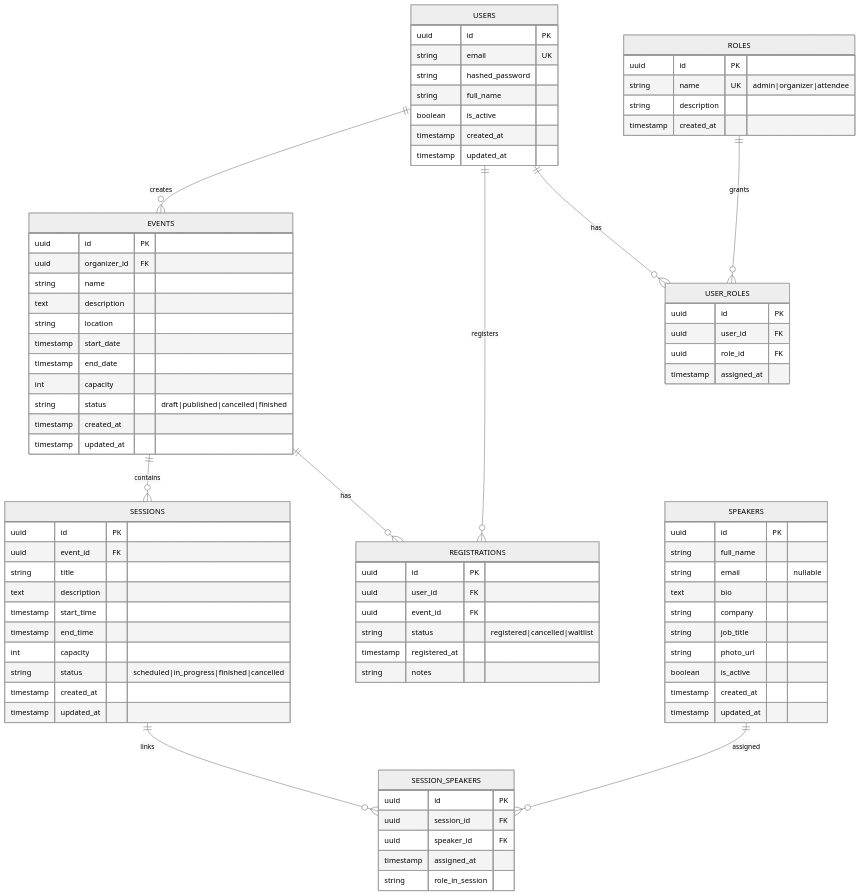
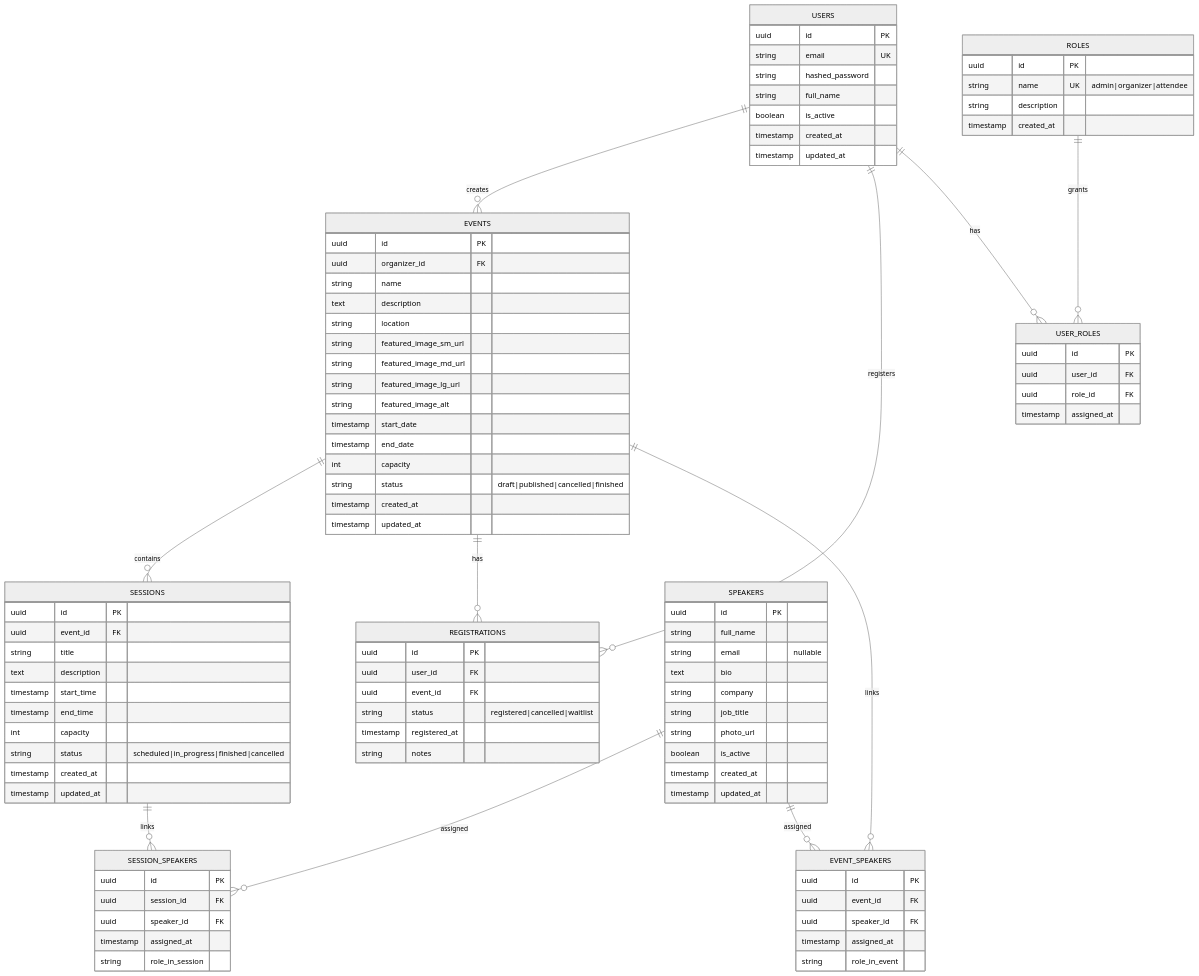
Before and after one commit to madebygarzon/misEventos: the diagram in docs/structured_project.md, drawn with Mermaid (neutral theme). The commit also changed other lines of this file and 41 other files, not shown here.

```diff
--- a/docs/structured_project.md
+++ b/docs/structured_project.md
@@ -79,6 +105,8 @@
     EVENTS ||--o{ REGISTRATIONS : has
     SESSIONS ||--o{ SESSION_SPEAKERS : links
     SPEAKERS ||--o{ SESSION_SPEAKERS : assigned
+    EVENTS ||--o{ EVENT_SPEAKERS : links
+    SPEAKERS ||--o{ EVENT_SPEAKERS : assigned
     USERS ||--o{ USER_ROLES : has
     ROLES ||--o{ USER_ROLES : grants
 
@@ -98,6 +126,10 @@
       string name
       text description
       string location
+      string featured_image_sm_url
+      string featured_image_md_url
+      string featured_image_lg_url
+      string featured_image_alt
       timestamp start_date
       timestamp end_date
       int capacity
@@ -140,6 +172,14 @@
       string role_in_session
     }
 
+    EVENT_SPEAKERS {
+      uuid id PK
+      uuid event_id FK
+      uuid speaker_id FK
+      timestamp assigned_at
+      string role_in_event
+    }
+
     REGISTRATIONS {
       uuid id PK
       uuid user_id FK
```
